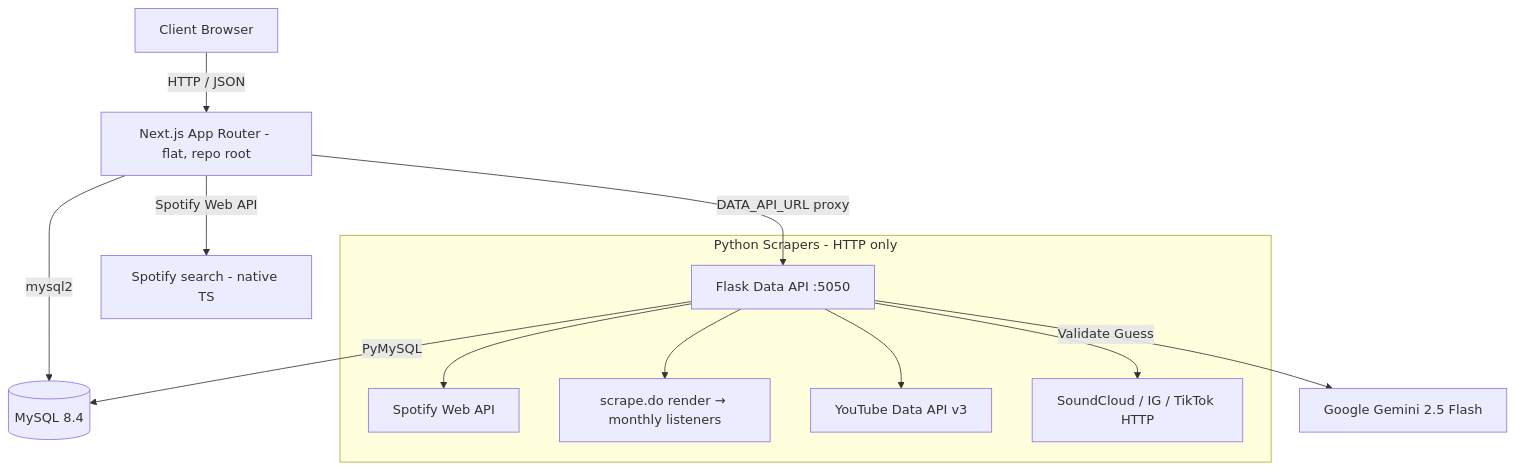
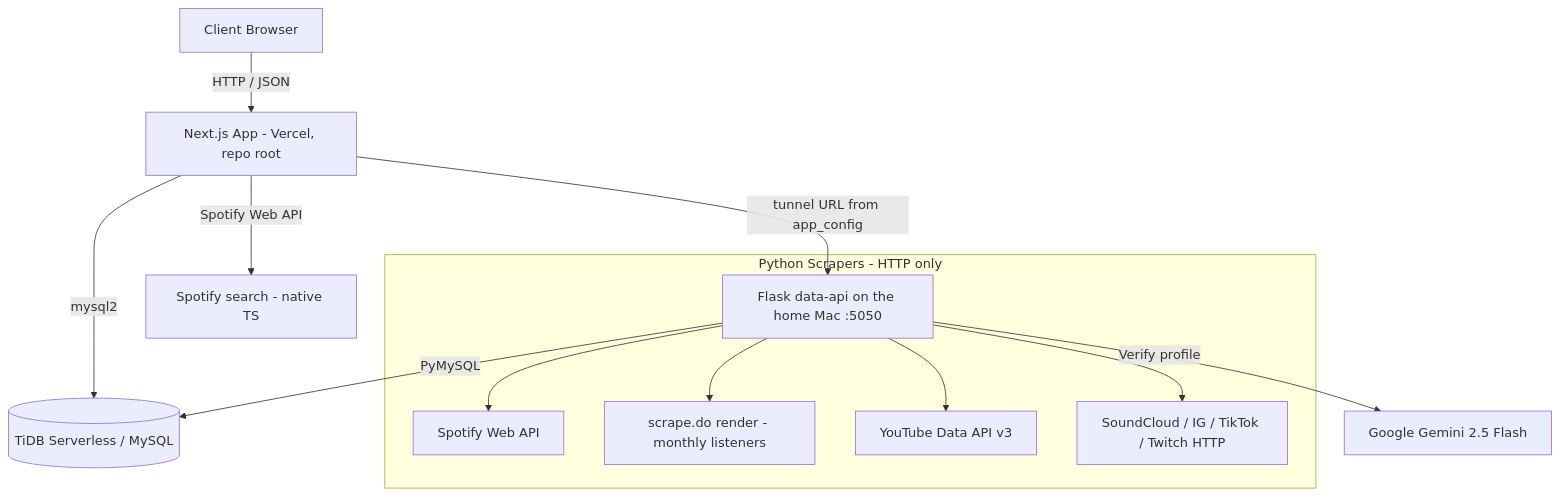
The diagram in README.md (carlitoswillis/incighder), drawn with Mermaid before and after one commit. The commit also changed other lines of this file and 6 other files, not shown here.

````diff
--- a/README.md
+++ b/README.md
@@ -53,17 +47,17 @@
 ```mermaid
 graph TD
-    Browser[Client Browser] -->|HTTP / JSON| NextJS[Next.js App Router - flat, repo root]
-    NextJS -->|mysql2| DB[(MySQL 8.4)]
+    Browser[Client Browser] -->|HTTP / JSON| NextJS[Next.js App - Vercel, repo root]
+    NextJS -->|mysql2| DB[(TiDB Serverless / MySQL)]
     NextJS -->|Spotify Web API| SpotifySearch[Spotify search - native TS]
-    NextJS -->|DATA_API_URL proxy| Flask[Flask Data API :5050]
+    NextJS -->|tunnel URL from app_config| Flask[Flask data-api on the home Mac :5050]
     Flask -->|PyMySQL| DB
 
     subgraph Scrapers [Python Scrapers - HTTP only]
         Flask --> Spotipy[Spotify Web API]
-        Flask --> ScrapeDo[scrape.do render → monthly listeners]
+        Flask --> ScrapeDo[scrape.do render - monthly listeners]
         Flask --> YouTubeAPI[YouTube Data API v3]
-        Flask --> Requests[SoundCloud / IG / TikTok HTTP]
+        Flask --> Requests[SoundCloud / IG / TikTok / Twitch HTTP]
     end
 
-    Flask -->|Validate Guess| Gemini[Google Gemini 2.5 Flash]
+    Flask -->|Verify profile| Gemini[Google Gemini 2.5 Flash]
 ```
````
